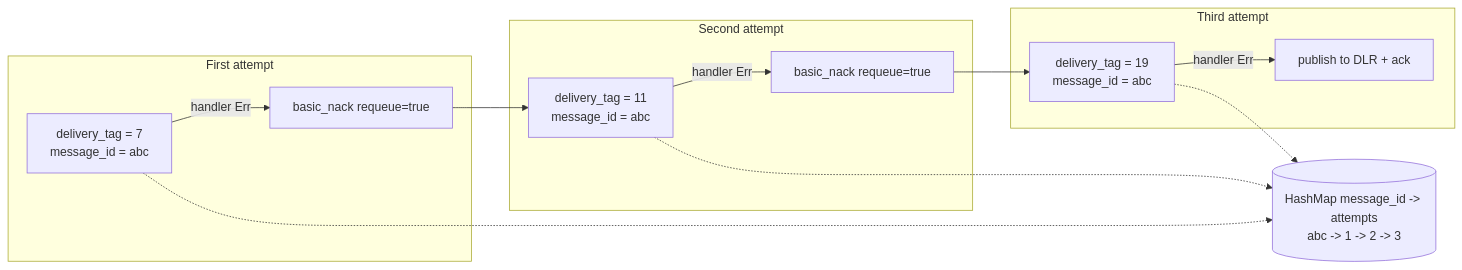
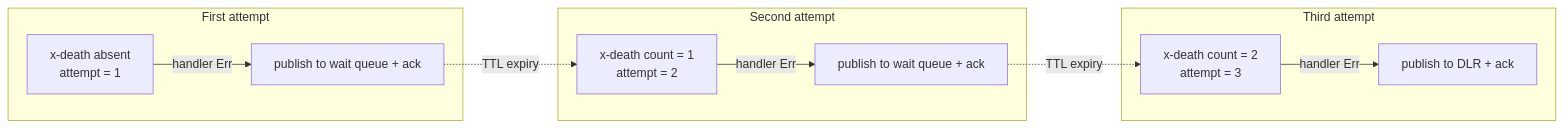
One commit to nubster-opensources/hexeract changed the second of 2 diagrams in docs/concepts/retry-policy.md. Above: the diagram before and after it, drawn with Mermaid. The commit also changed other lines of this file and 4 other files, not shown here.

````diff
--- a/docs/concepts/retry-policy.md
+++ b/docs/concepts/retry-policy.md
@@ -31,19 +29,14 @@
 ```mermaid
 graph LR
     subgraph "First attempt"
-        d1[delivery_tag = 7<br/>message_id = abc] -- handler Err --> nack1[basic_nack requeue=true]
+        d1[x-death absent<br/>attempt = 1] -- handler Err --> w1[publish to wait queue + ack]
     end
     subgraph "Second attempt"
-        d2[delivery_tag = 11<br/>message_id = abc] -- handler Err --> nack2[basic_nack requeue=true]
+        d2[x-death count = 1<br/>attempt = 2] -- handler Err --> w2[publish to wait queue + ack]
     end
     subgraph "Third attempt"
-        d3[delivery_tag = 19<br/>message_id = abc] -- handler Err --> dlr[publish to DLR + ack]
+        d3[x-death count = 2<br/>attempt = 3] -- handler Err --> dlr[publish to DLR + ack]
     end
-    nack1 --> d2
-    nack2 --> d3
-
-    counter[("HashMap message_id -> attempts<br/>abc -> 1 -> 2 -> 3")]
-    d1 -.-> counter
-    d2 -.-> counter
-    d3 -.-> counter
+    w1 -. TTL expiry .-> d2
+    w2 -. TTL expiry .-> d3
 ```
````
